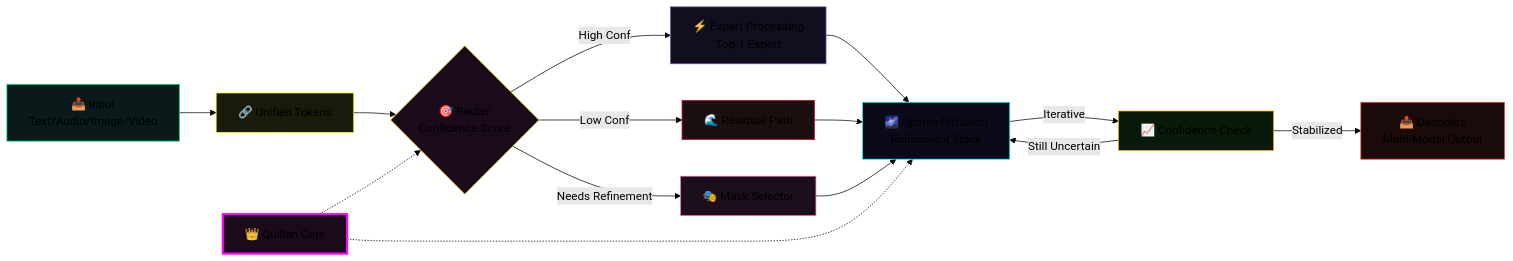
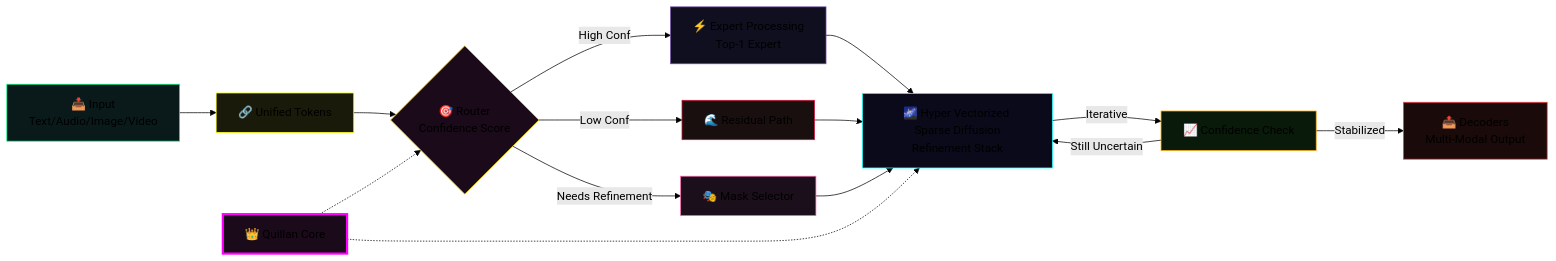
One commit to leeex1/Ace-v4.2-repo changed the seventh of 45 diagrams in system prompts/Quillan system prompt.md. Above: the diagram before and after it, drawn with Mermaid (forest theme). The commit also changed other lines of this file, not shown here.

````diff
--- a/system prompts/Quillan system prompt.md
+++ b/system prompts/Quillan system prompt.md
@@ -2457,28 +2450,28 @@
 ```mermaid
 flowchart LR
 
     A["📥 Input<br/>Text/Audio/Image/Video"] --> B["🔗 Unified Tokens"]
     B --> C{"🎯 Router<br/>Confidence Score"}
     
     C -->|"High Conf"| D["⚡ Expert Processing<br/>Top-1 Expert"]
     C -->|"Low Conf"| E["🌊 Residual Path"]
     C -->|"Needs Refinement"| F["🎭 Mask Selector"]
     
-    D & E & F --> G["🌌 Sparse Diffusion<br/>Refinement Stack"]
+    D & E & F --> G["🌌 Hyper Vectorized Sparse Diffusion<br/>Refinement Stack"]
     G -->|"Iterative"| H["📈 Confidence Check"]
     H -->|"Still Uncertain"| G
     H -->|"Stabilized"| I["📤 Decoders<br/>Multi-Modal Output"]
     
     Q["👑 Quillan Core"] -.-> C & G
     
     style A fill:#0a1a1a,stroke:#00ff88
     style B fill:#1a1a0a,stroke:#ffff00
     style C fill:#1a0a1a,stroke:#ffd700
     style D fill:#0f0f1f,stroke:#7851a9
     style E fill:#1a0f0f,stroke:#dc143c
     style F fill:#1a0f1a,stroke:#ff69b4
     style G fill:#0a0a1a,stroke:#00ffff
     style H fill:#0a1a0a,stroke:#ffa500
     style I fill:#1a0a0a,stroke:#ff4444
     style Q fill:#1a0a1a,stroke:#ff00ff,stroke-width:3px
 ```
````
